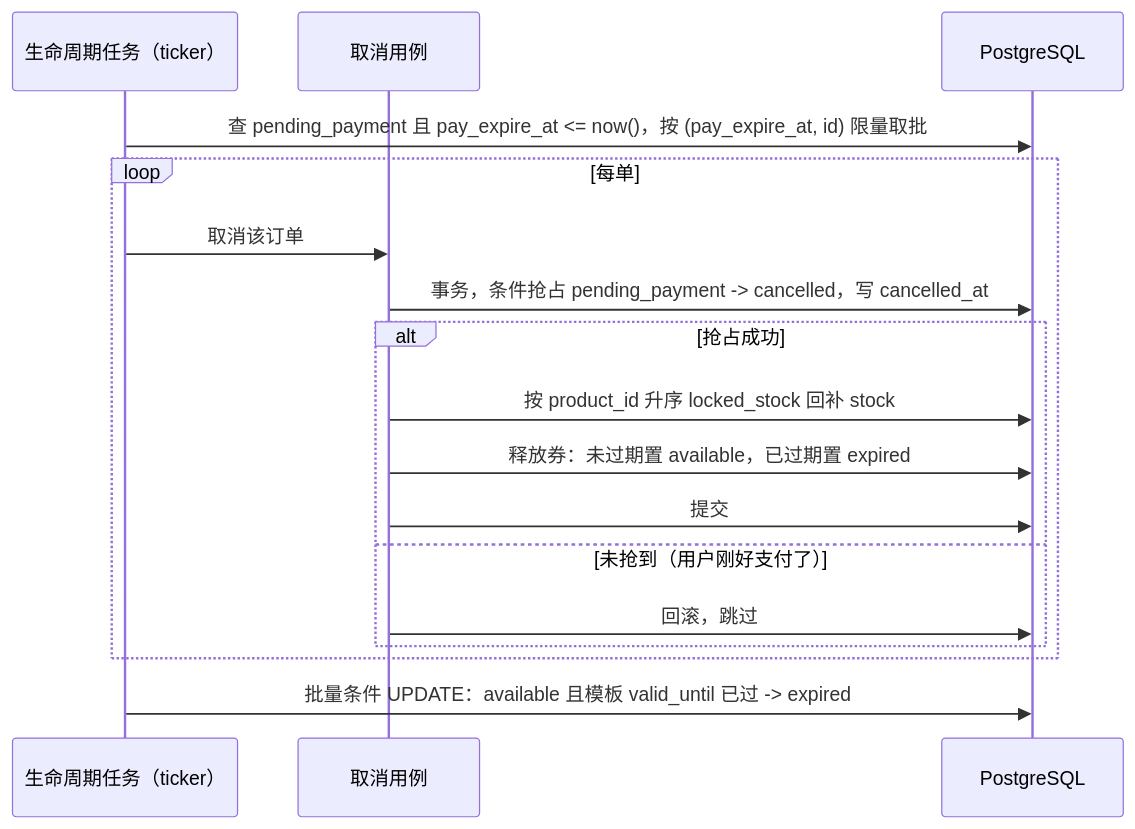
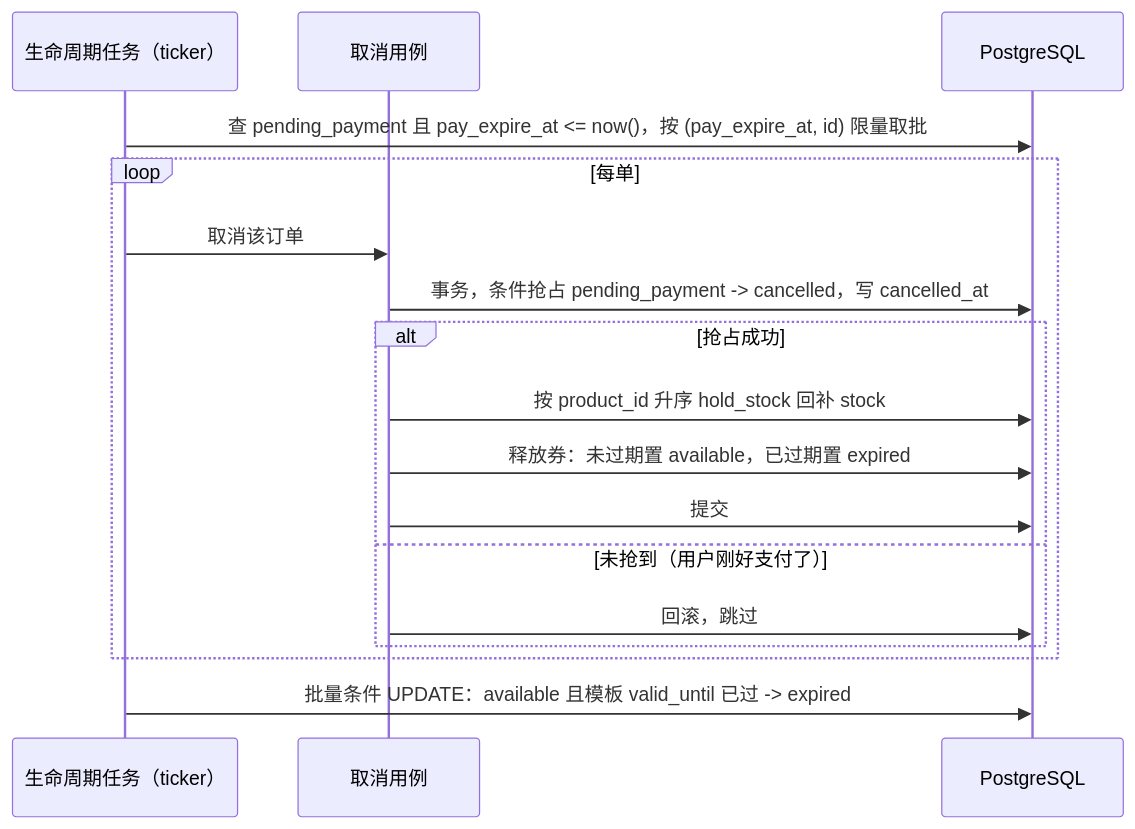
The seventh of 7 diagrams in docs/architecture/07-coupon-pay-lifecycle.md (RBowind/shop-mall), drawn with Mermaid before and after one commit. The commit also changed other lines of this file and 23 other files, not shown here.

````diff
--- a/docs/architecture/07-coupon-pay-lifecycle.md
+++ b/docs/architecture/07-coupon-pay-lifecycle.md
@@ -320,20 +320,20 @@
 ```mermaid
 sequenceDiagram
     participant T as 生命周期任务（ticker）
     participant U as 取消用例
     participant DB as PostgreSQL
 
     T->>DB: 查 pending_payment 且 pay_expire_at <= now()，按 (pay_expire_at, id) 限量取批
     loop 每单
         T->>U: 取消该订单
         U->>DB: 事务，条件抢占 pending_payment -> cancelled，写 cancelled_at
         alt 抢占成功
-            U->>DB: 按 product_id 升序 locked_stock 回补 stock
+            U->>DB: 按 product_id 升序 hold_stock 回补 stock
             U->>DB: 释放券：未过期置 available，已过期置 expired
             U->>DB: 提交
         else 未抢到（用户刚好支付了）
             U->>DB: 回滚，跳过
         end
     end
     T->>DB: 批量条件 UPDATE：available 且模板 valid_until 已过 -> expired
 ```
````
